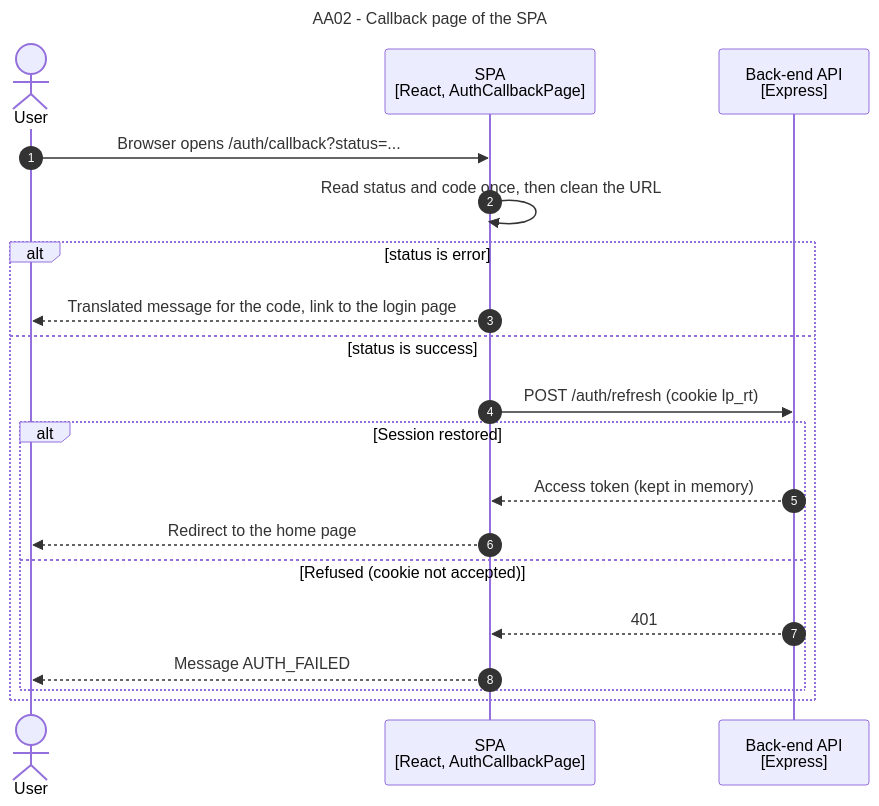
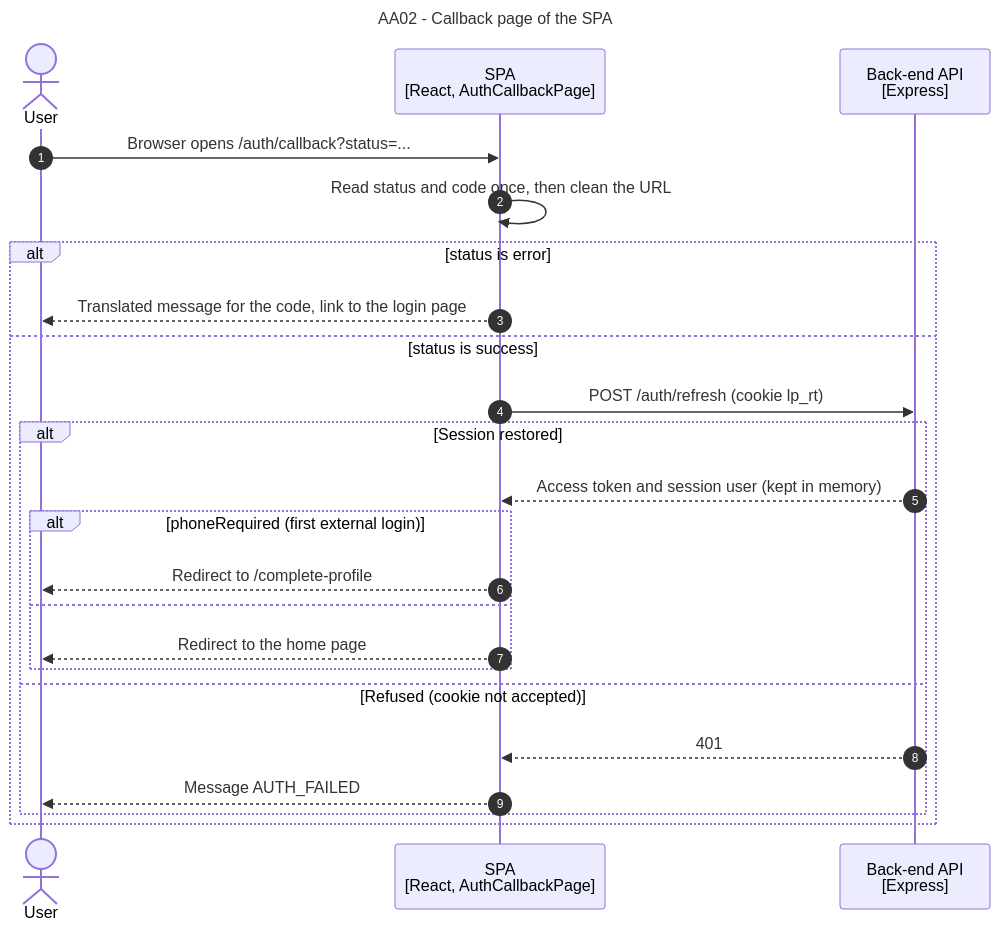
Before and after one commit to ivasduarte/laprizza: the fourth of 4 diagrams in docs/flows/authentication/external-authentication.md, drawn with Mermaid. The commit also changed other lines of this file and 8 other files, not shown here.

````diff
--- a/docs/flows/authentication/external-authentication.md
+++ b/docs/flows/authentication/external-authentication.md
@@ -214,25 +214,29 @@
 ```mermaid
 ---
 title: "AA02 - Callback page of the SPA"
 ---
 sequenceDiagram
     autonumber
     actor user as User
     participant spa as SPA<br/>[React, AuthCallbackPage]
     participant api as Back-end API<br/>[Express]
 
     user->>spa: Browser opens /auth/callback?status=...
     spa->>spa: Read status and code once, then clean the URL
     alt status is error
         spa-->>user: Translated message for the code, link to the login page
     else status is success
         spa->>api: POST /auth/refresh (cookie lp_rt)
         alt Session restored
-            api-->>spa: Access token (kept in memory)
-            spa-->>user: Redirect to the home page
+            api-->>spa: Access token and session user (kept in memory)
+            alt phoneRequired (first external login)
+                spa-->>user: Redirect to /complete-profile
+            else
+                spa-->>user: Redirect to the home page
+            end
         else Refused (cookie not accepted)
             api-->>spa: 401
             spa-->>user: Message AUTH_FAILED
         end
     end
 ```
````
